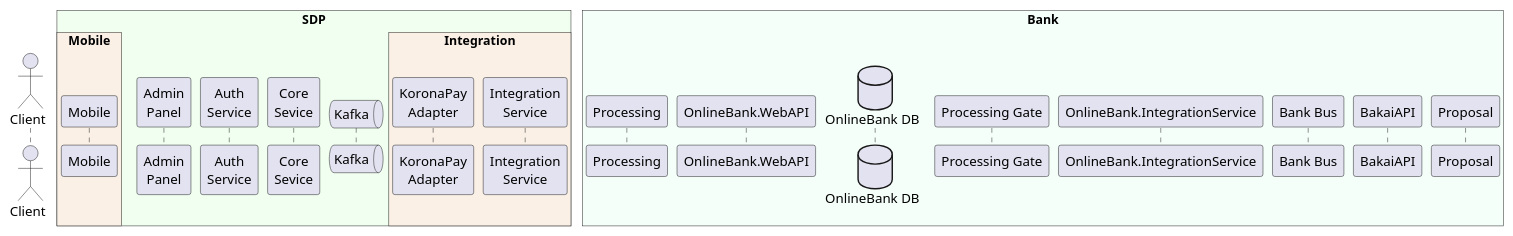
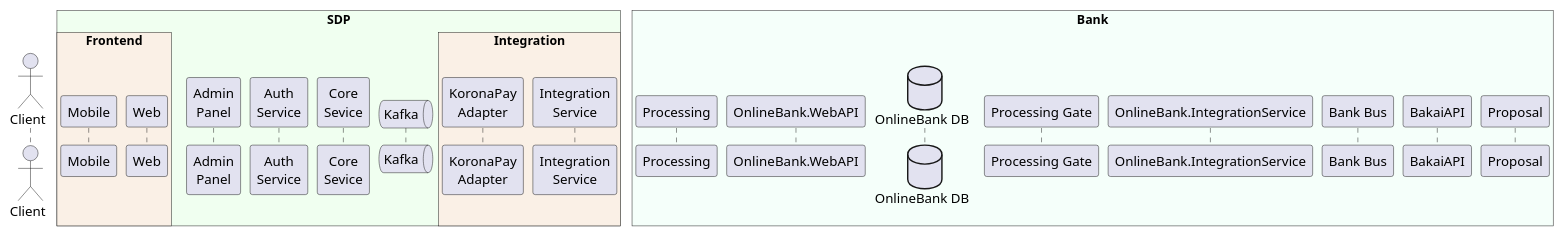
The diagram in sdp_participants.puml (MIBtester/plantuml-styles), drawn with PlantUML before and after one commit.

Commit message:
Rename Mobile box to Frontend and add Web participant

```diff
--- a/sdp_participants.puml
+++ b/sdp_participants.puml
@@ -1,38 +1,39 @@
 @startuml
 !pragma teoz true
 
 actor Client as Client order 10
 
 box "SDP" #HoneyDew
 
-        box "Mobile" #Linen
+        box "Frontend" #Linen
             participant "Mobile" as Mobile order 20
+            participant "Web" as Web order 25
         end box
 
     participant "Admin\nPanel" as Admin order 30
     participant "Auth\nService" as Auth order 33
     participant "Core\nSevice" as Core order 36
     queue "Kafka" as Kafka order 63
 
       box "Integration" #Linen
         participant "KoronaPay\nAdapter" as ZK order 70
         participant "Integration\nService" as Integration order 99
       end box
 
 end box
 
 box "Bank" #MintCream
 
     participant "Processing" as Processing order 100
     participant "OnlineBank.WebAPI" as WebAPI order 110
     database "OnlineBank DB" as OBDB order 120
     participant "Processing Gate" as Pgate order 130
     participant "OnlineBank.IntegrationService" as OBIS order 140
     participant "Bank Bus" as BankBus order 150
     participant "BakaiAPI" as BakaiAPI order 160
     participant "Proposal" as Proposal order 170
 
 end box
 
 
 @enduml
```
